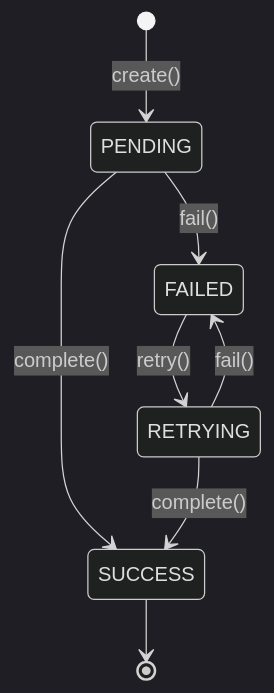
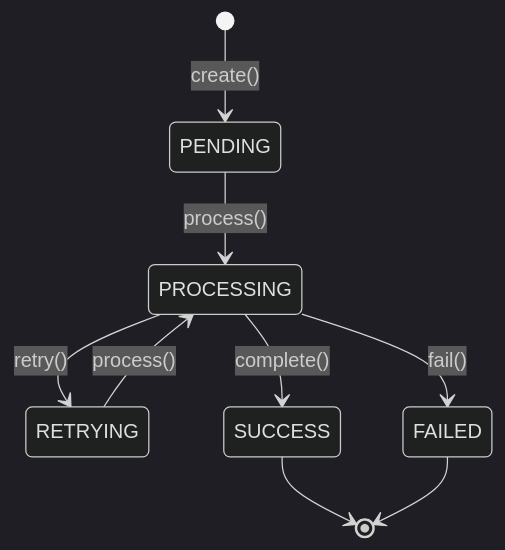
The diagram in README.md (BaekmaLogistics/logistics-notification-service), drawn with Mermaid (dark theme) before and after one commit. The commit also changed other lines of this file and 8 other files, not shown here.

````diff
--- a/README.md
+++ b/README.md
@@ -59,10 +59,11 @@
 ```mermaid
 stateDiagram-v2
     [*] --> PENDING: create()
-    PENDING --> SUCCESS: complete()
-    PENDING --> FAILED: fail()
-    FAILED --> RETRYING: retry()
-    RETRYING --> SUCCESS: complete()
-    RETRYING --> FAILED: fail()
+    PENDING --> PROCESSING: process()
+    RETRYING --> PROCESSING: process()
+    PROCESSING --> SUCCESS: complete()
+    PROCESSING --> RETRYING: retry()
+    PROCESSING --> FAILED: fail()
     SUCCESS --> [*]
+    FAILED --> [*]
 ```
````
